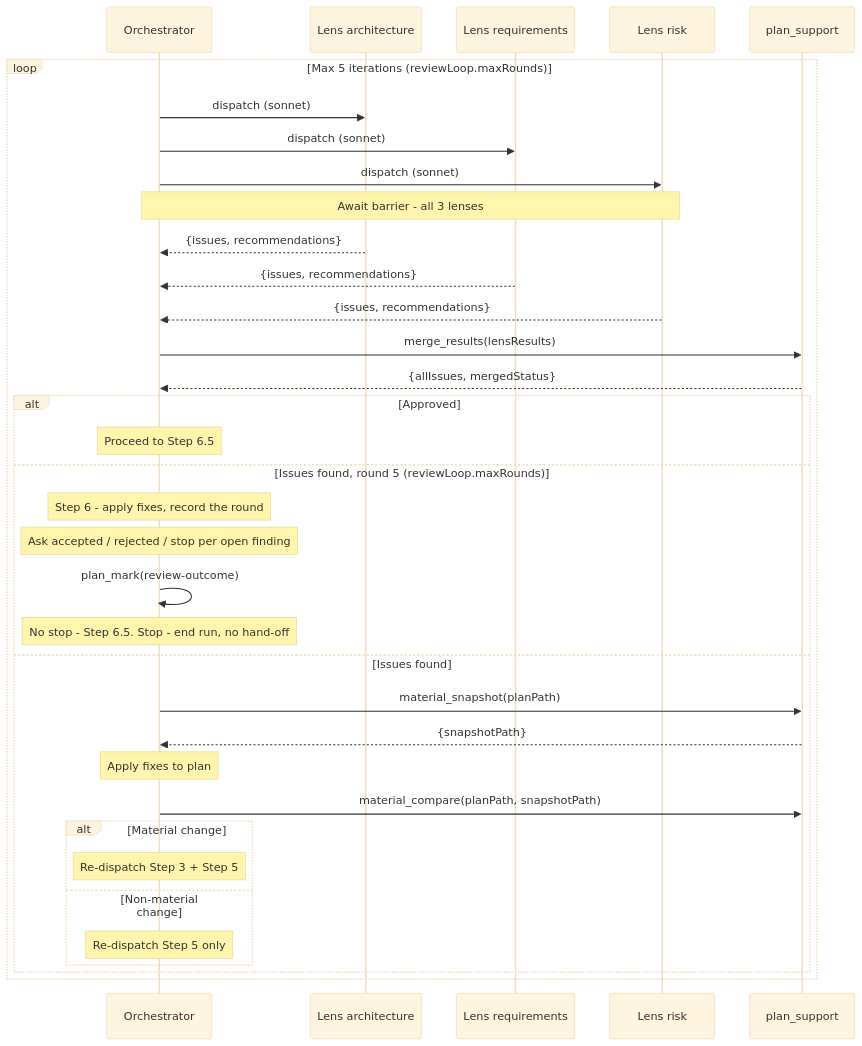
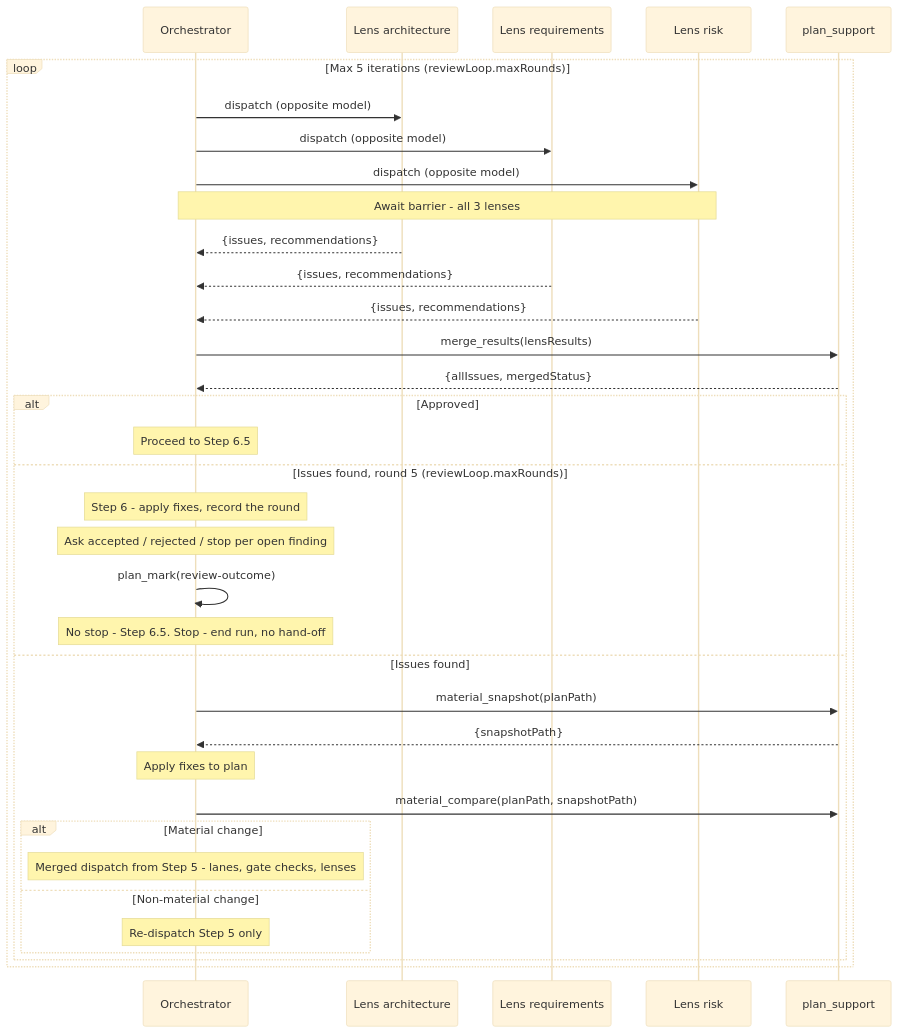
One commit to rnagrodzki/sdlc-plugin changed the third of 4 diagrams in docs/plan-architecture.md. Above: the diagram before and after it, drawn with Mermaid (base theme). The commit also changed other lines of this file and 24 other files, not shown here.

First line of the commit message:
feat(plan): resume from step checkpoints and handle gate-check errors

````diff
--- a/docs/plan-architecture.md
+++ b/docs/plan-architecture.md
@@ -576,41 +610,41 @@
 ```mermaid
 sequenceDiagram
     participant O as Orchestrator
     participant A as Lens architecture
     participant R as Lens requirements
     participant K as Lens risk
     participant PS as plan_support
 
     loop Max 5 iterations (reviewLoop.maxRounds)
-        O->>A: dispatch (sonnet)
-        O->>R: dispatch (sonnet)
-        O->>K: dispatch (sonnet)
+        O->>A: dispatch (opposite model)
+        O->>R: dispatch (opposite model)
+        O->>K: dispatch (opposite model)
         Note over O,K: Await barrier - all 3 lenses
 
         A-->>O: {issues, recommendations}
         R-->>O: {issues, recommendations}
         K-->>O: {issues, recommendations}
 
         O->>PS: merge_results(lensResults)
         PS-->>O: {allIssues, mergedStatus}
 
         alt Approved
             Note over O: Proceed to Step 6.5
         else Issues found, round 5 (reviewLoop.maxRounds)
             Note over O: Step 6 - apply fixes, record the round
             Note over O: Ask accepted / rejected / stop per open finding
             O->>O: plan_mark(review-outcome)
             Note over O: No stop - Step 6.5. Stop - end run, no hand-off
         else Issues found
             O->>PS: material_snapshot(planPath)
             PS-->>O: {snapshotPath}
             Note over O: Apply fixes to plan
             O->>PS: material_compare(planPath, snapshotPath)
             alt Material change
-                Note over O: Re-dispatch Step 3 + Step 5
+                Note over O: Merged dispatch from Step 5 - lanes, gate checks, lenses
             else Non-material change
                 Note over O: Re-dispatch Step 5 only
             end
         end
     end
 ```
````
